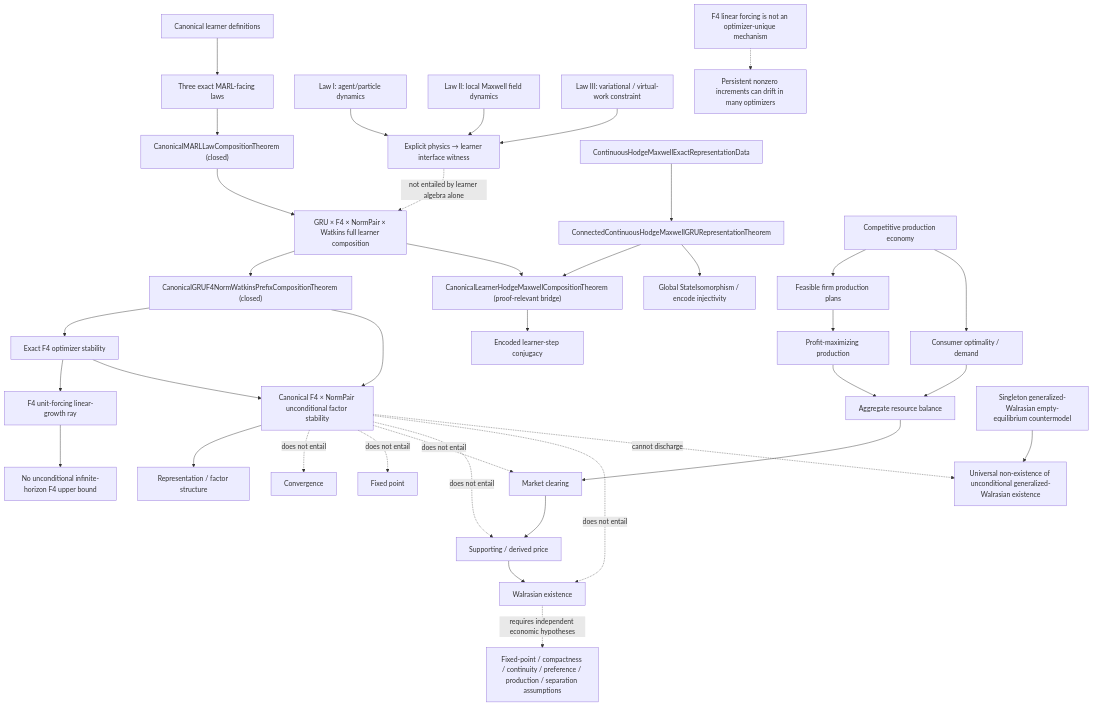
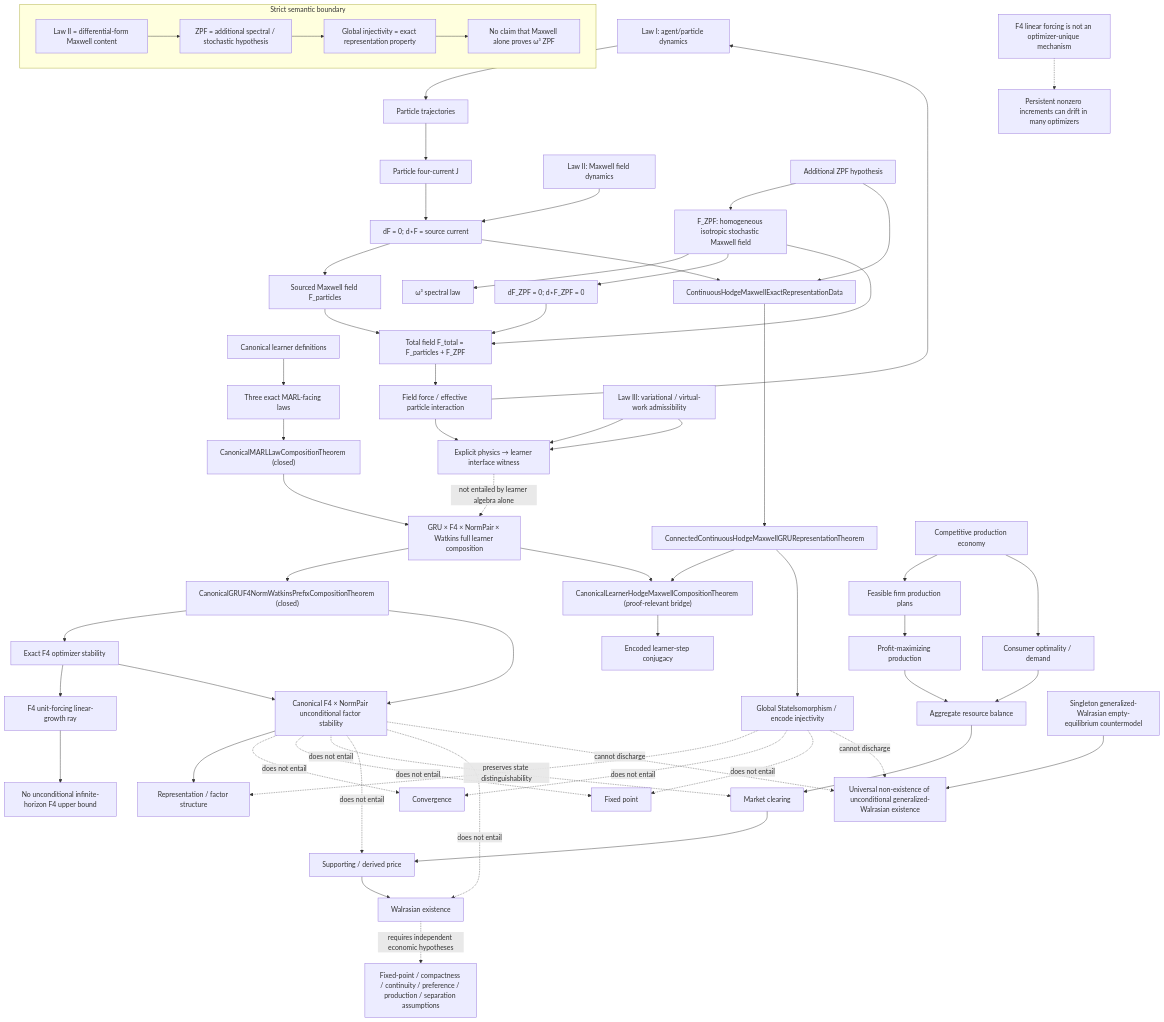
One commit to JohnChristianD/Actions changed the diagram in docs/research/current-semantic-emergence-2026-09-25.mmd. Above: the diagram before and after it, drawn with Mermaid.

Commit message:
Refine Law II into Hodge-Maxwell plus explicit ZPF layer

```diff
--- a/docs/research/current-semantic-emergence-2026-09-25.mmd
+++ b/docs/research/current-semantic-emergence-2026-09-25.mmd
@@ -1,50 +1,79 @@
 flowchart TD
   A["Canonical learner definitions"] --> B["Three exact MARL-facing laws"]
   B --> C["CanonicalMARLLawCompositionTheorem (closed)"]
   C --> D["GRU × F4 × NormPair × Watkins full learner composition"]
   D --> E["CanonicalGRUF4NormWatkinsPrefixCompositionTheorem (closed)"]
 
-  P1["Law I: agent/particle dynamics"]
-  P2["Law II: local Maxwell field dynamics"]
-  P3["Law III: variational / virtual-work constraint"]
-  P1 --> PI["Explicit physics → learner interface witness"]
-  P2 --> PI
+  P1["Law I: agent/particle dynamics"] --> J["Particle trajectories"]
+  J --> CUR["Particle four-current J"]
+  P2["Law II: Maxwell field dynamics"] --> HM["Hodge-Maxwell field equations"]
+  CUR --> HM
+  HM["dF = 0; d⋆F = source current"]
+  HM --> FP["Sourced Maxwell field F_particles"]
+
+  Z["Additional ZPF hypothesis"]
+  Z0["F_ZPF: homogeneous isotropic stochastic Maxwell field"]
+  Z1["ω³ spectral law"]
+  Z --> Z0 --> Z1
+  Z0 --> HF["dF_ZPF = 0; d⋆F_ZPF = 0"]
+  FP --> FT["Total field F_total = F_particles + F_ZPF"]
+  Z0 --> FT
+  HF --> FT
+  FT --> FORCE["Field force / effective particle interaction"]
+  FORCE --> P1
+
+  P3["Law III: variational / virtual-work admissibility"] --> PI["Explicit physics → learner interface witness"]
+  FORCE --> PI
   P3 --> PI
   PI -. "not entailed by learner algebra alone" .-> D
 
-  H0["ContinuousHodgeMaxwellExactRepresentationData"]
-  H1["ConnectedContinuousHodgeMaxwellGRURepresentationTheorem"]
-  H0 --> H1
+  HM --> H0["ContinuousHodgeMaxwellExactRepresentationData"]
+  Z --> H0
+  H0 --> H1["ConnectedContinuousHodgeMaxwellGRURepresentationTheorem"]
   H1 --> HB["CanonicalLearnerHodgeMaxwellCompositionTheorem (proof-relevant bridge)"]
   D --> HB
 
   HB --> HC["Encoded learner-step conjugacy"]
   H1 --> HI["Global StateIsomorphism / encode injectivity"]
 
   E --> F["Exact F4 optimizer stability"]
   F --> G["F4 unit-forcing linear-growth ray"]
   G --> GNB["No unconditional infinite-horizon F4 upper bound"]
   F --> H["Canonical F4 × NormPair unconditional factor stability"]
   E --> H
 
   H --> I["Representation / factor structure"]
-  H -. "does not entail" .-> J["Convergence"]
-  H -. "does not entail" .-> K["Fixed point"]
+  HI -. "preserves state distinguishability" .-> I
+  HI -. "does not entail" .-> J2["Convergence"]
+  HI -. "does not entail" .-> K["Fixed point"]
+  H -. "does not entail" .-> J2
+  H -. "does not entail" .-> K
   H -. "does not entail" .-> L["Market clearing"]
   H -. "does not entail" .-> M["Supporting / derived price"]
   H -. "does not entail" .-> N["Walrasian existence"]
 
   O["Competitive production economy"] --> Q["Feasible firm production plans"]
   Q --> R["Profit-maximizing production"]
   O --> S["Consumer optimality / demand"]
   R --> T["Aggregate resource balance"]
   S --> T
   T --> L
   L --> M
   M --> N
   N -. "requires independent economic hypotheses" .-> U["Fixed-point / compactness / continuity / preference / production / separation assumptions"]
 
   V["Singleton generalized-Walrasian empty-equilibrium countermodel"] --> W["Universal non-existence of unconditional generalized-Walrasian existence"]
   H -. "cannot discharge" .-> W
+  HI -. "cannot discharge" .-> W
 
   X["F4 linear forcing is not an optimizer-unique mechanism"] -.-> Y["Persistent nonzero increments can drift in many optimizers"]
+
+  subgraph SEMANTIC_BOUNDARY["Strict semantic boundary"]
+    B1["Law II = differential-form Maxwell content"]
+    B2["ZPF = additional spectral / stochastic hypothesis"]
+    B3["Global injectivity = exact representation property"]
+    B4["No claim that Maxwell alone proves ω³ ZPF"]
+    B1 --> B2
+    B2 --> B3
+    B3 --> B4
+  end
```
